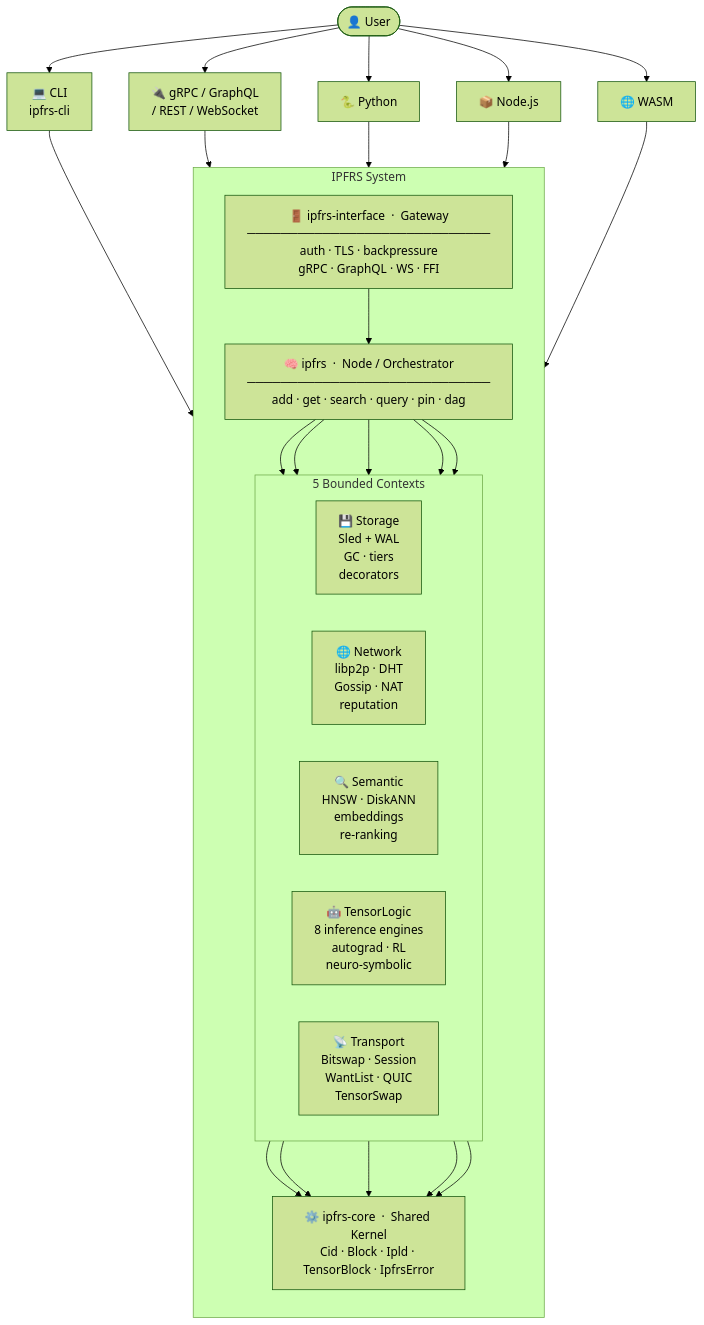
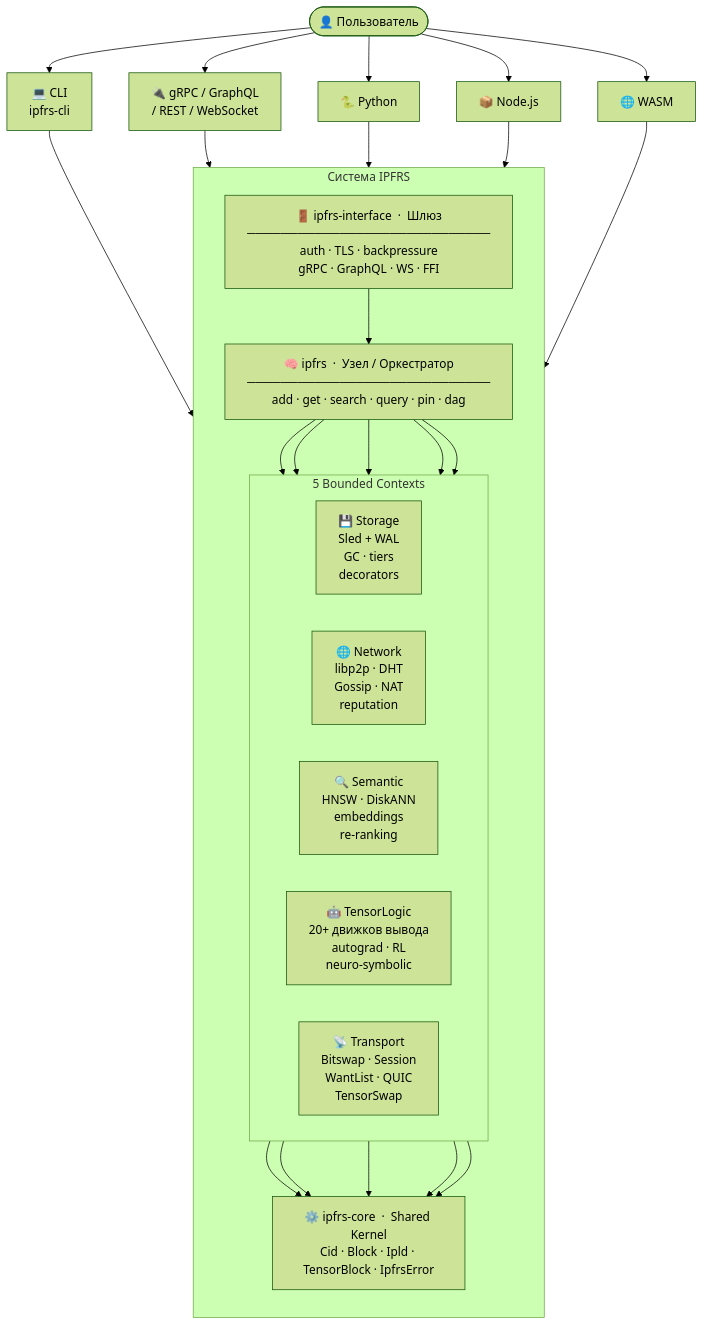
Before and after one commit to yunusovt983-art/ipfrs-ai: the first of 8 diagrams in README.md, drawn with Mermaid (forest theme). The commit also changed other lines of this file, not shown here.

First line of the commit message:
docs: Translate README to Russian + add architecture docs table

````diff
--- a/README.md
+++ b/README.md
@@ -10,48 +10,48 @@
 ```mermaid
 graph TD
-    User(["👤 User"])
+    User(["👤 Пользователь"])
     CLI["💻 CLI\nipfrs-cli"]
     PY["🐍 Python"]
     JS["📦 Node.js"]
     WB["🌐 WASM"]
     GW["🔌 gRPC / GraphQL\n/ REST / WebSocket"]
 
     User --> CLI
     User --> GW
     User --> PY
     User --> JS
     User --> WB
 
-    subgraph IPFRS ["IPFRS System"]
+    subgraph IPFRS ["Система IPFRS"]
         direction TB
 
-        IF["🚪 ipfrs-interface  ·  Gateway\n─────────────────────────────\nauth · TLS · backpressure\ngRPC · GraphQL · WS · FFI"]
+        IF["🚪 ipfrs-interface  ·  Шлюз\n─────────────────────────────\nauth · TLS · backpressure\ngRPC · GraphQL · WS · FFI"]
 
-        NODE["🧠 ipfrs  ·  Node / Orchestrator\n─────────────────────────────\nadd · get · search · query · pin · dag"]
+        NODE["🧠 ipfrs  ·  Узел / Оркестратор\n─────────────────────────────\nadd · get · search · query · pin · dag"]
 
         subgraph DOMAINS ["5 Bounded Contexts"]
             direction LR
             ST["💾 Storage\nSled + WAL\nGC · tiers\ndecorators"]
             NW["🌐 Network\nlibp2p · DHT\nGossip · NAT\nreputation"]
             SM["🔍 Semantic\nHNSW · DiskANN\nembeddings\nre-ranking"]
-            LG["🤖 TensorLogic\n8 inference engines\nautograd · RL\nneuro-symbolic"]
+            LG["🤖 TensorLogic\n20+ движков вывода\nautograd · RL\nneuro-symbolic"]
             TR["📡 Transport\nBitswap · Session\nWantList · QUIC\nTensorSwap"]
         end
 
         CORE["⚙️ ipfrs-core  ·  Shared Kernel\nCid · Block · Ipld · TensorBlock · IpfrsError"]
 
         IF --> NODE
         NODE --> ST
         NODE --> NW
         NODE --> SM
         NODE --> LG
         NODE --> TR
         ST & NW & SM & LG & TR --> CORE
     end
 
     CLI --> IF
     GW  --> IF
     PY  --> IF
     JS  --> IF
     WB  --> IF
 ```
````
